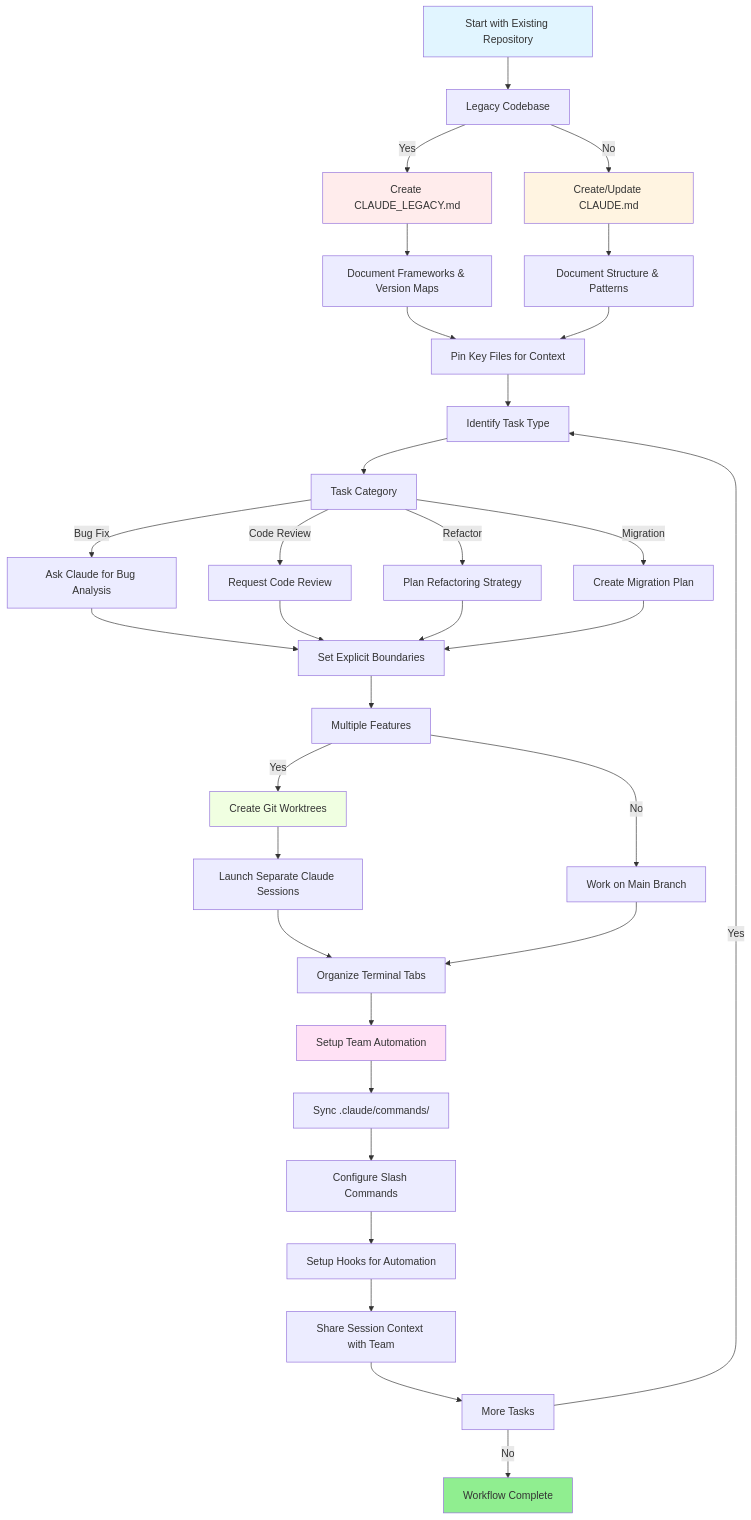
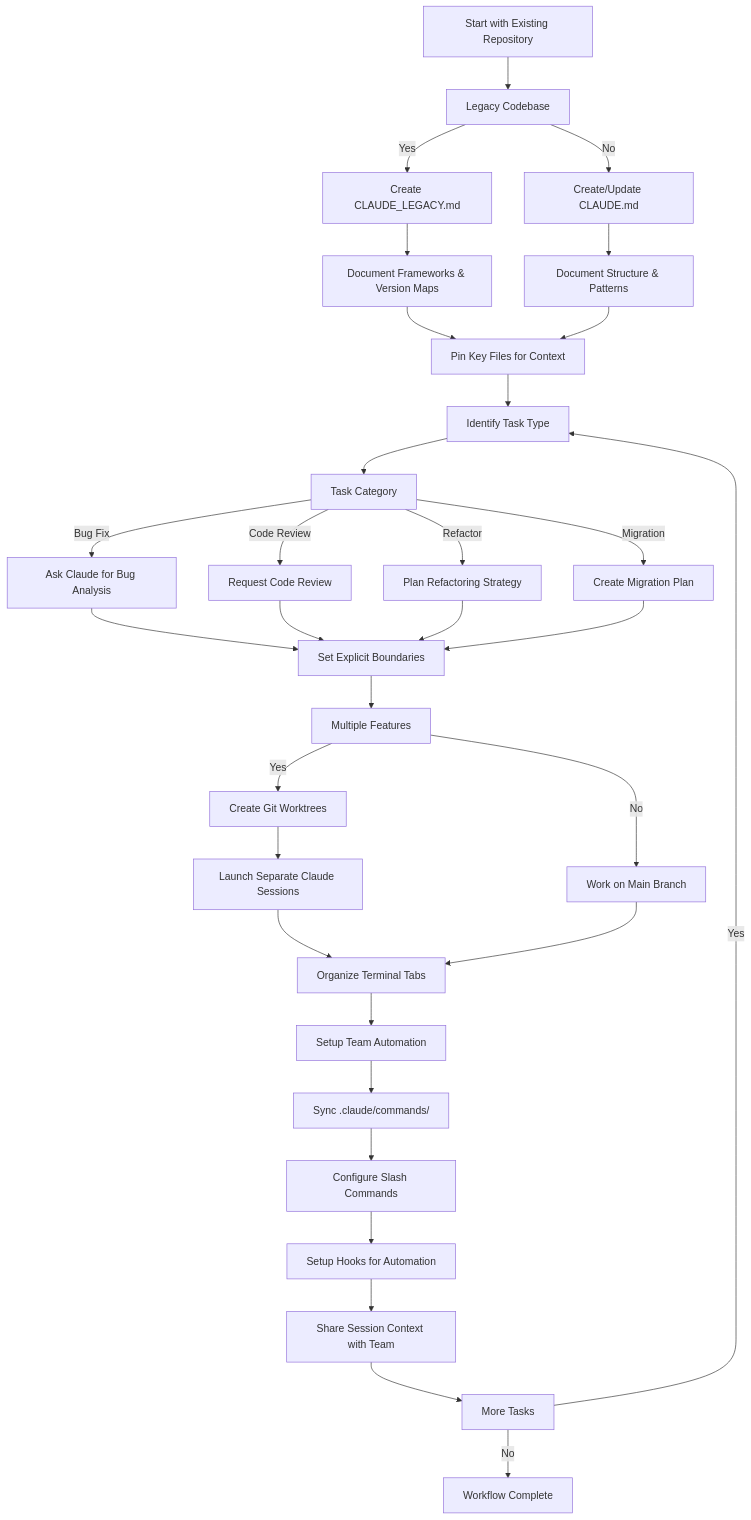
The second of 2 diagrams in claude-howto-zh/resources.md (Rx782-Fss/claude-howto-zh), drawn with Mermaid before and after one commit. The commit also changed other lines of this file and 9 other files, not shown here.

Commit message:
fix: 清除 Mermaid style 行(105处)和节点标签数字列表格式(17处)，修复 Obsidian/GitHub 'Unsupported markdown: list' 渲染错误

````diff
--- a/claude-howto-zh/resources.md
+++ b/claude-howto-zh/resources.md
@@ -250,8 +229,6 @@
 
     F --> G
 
-
-
     G --> H[Identify Task Type]
 
     H --> I[Task Category]
@@ -264,8 +241,6 @@
 
     I -->|Migration| M[Create Migration Plan]
 
-
-
     J --> N[Set Explicit Boundaries]
 
     K --> N
@@ -273,8 +248,6 @@
     L --> N
 
     M --> N
-
-
 
     N --> O[Multiple Features]
 
@@ -288,8 +261,6 @@
 
     Q --> S
 
-
-
     S --> T[Setup Team Automation]
 
     T --> U[Sync .claude/commands/]
@@ -300,26 +271,10 @@
 
     W --> X[Share Session Context with Team]
 
-
-
     X --> Y[More Tasks]
 
     Y -->|Yes| H
 
     Y -->|No| Z[Workflow Complete]
 
-
-
-    style A fill:#e1f5ff
-
-    style C fill:#ffecec
-
-    style D fill:#fff4e1
-
-    style P fill:#f0ffe1
-
-    style T fill:#ffe1f5
-
-    style Z fill:#90EE90
-
 ```
````
